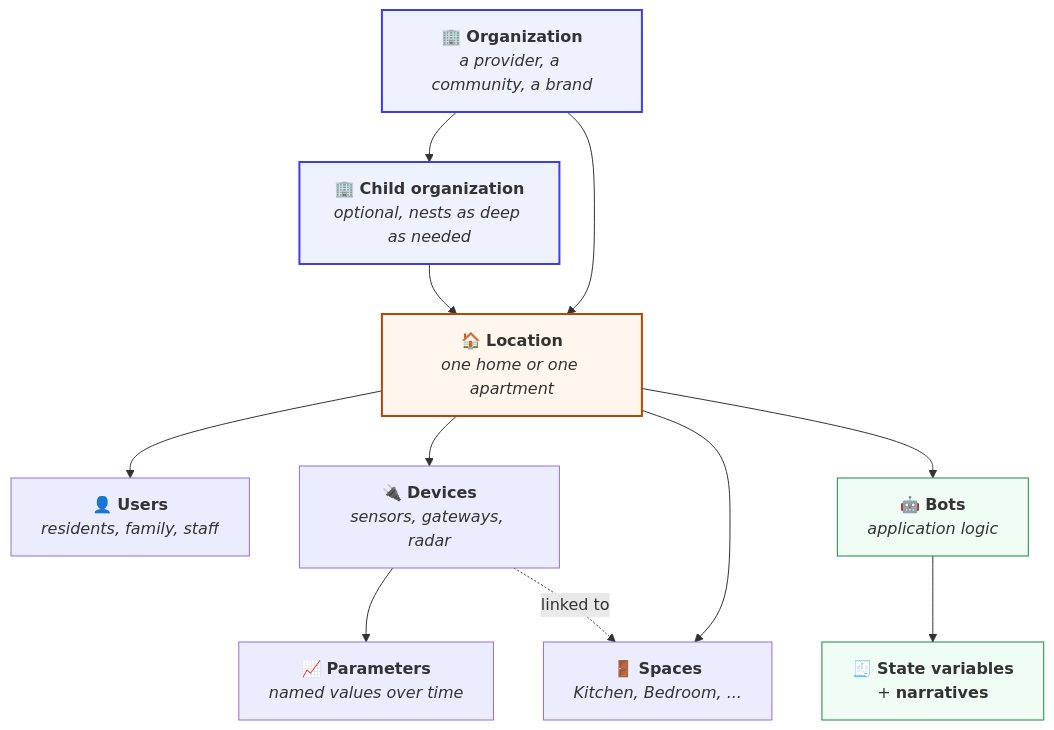
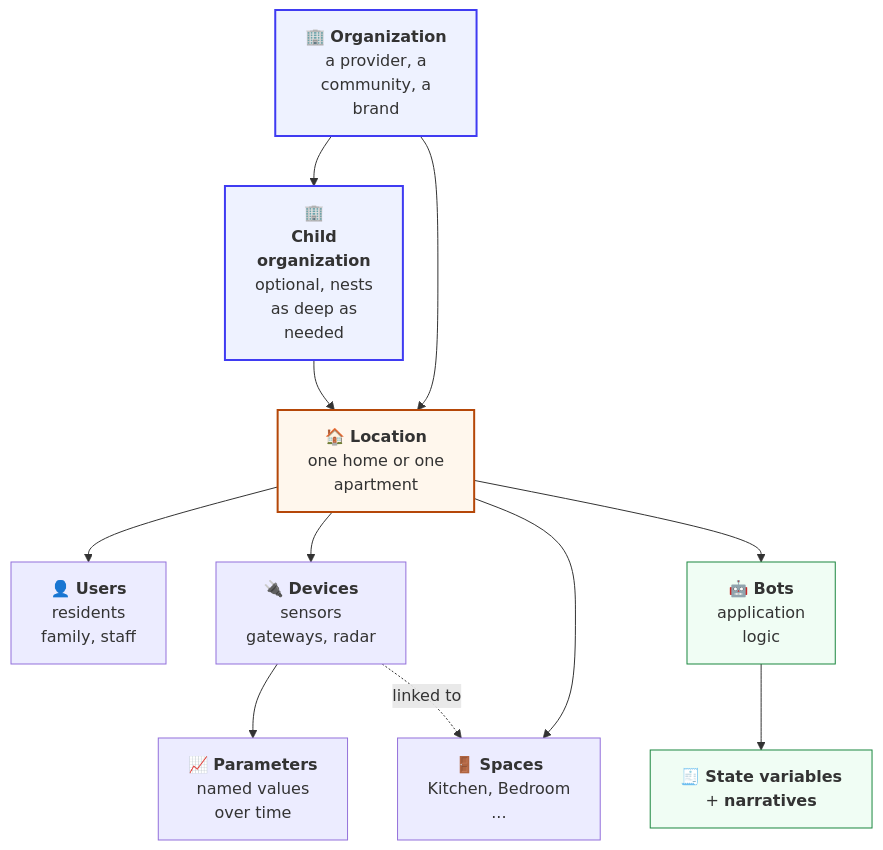
One commit to CareDailyAI/docs changed the diagram in concepts/README.md. Above: the diagram before and after it, drawn with Mermaid. The commit also changed 30 other files, not shown here.

First line of the commit message:
Diagrams: wrap every flowchart label to short rows so Chrome stops clipping them

````diff
--- a/concepts/README.md
+++ b/concepts/README.md
@@ -6,27 +6,27 @@
 ```mermaid
 flowchart TB
-    ORG["🏢 <b>Organization</b><br/><i>a provider, a community, a brand</i>"]
-    SUB["🏢 <b>Child organization</b><br/><i>optional, nests as deep as needed</i>"]
-    LOC["🏠 <b>Location</b><br/><i>one home or one apartment</i>"]
-    USR["👤 <b>Users</b><br/><i>residents, family, staff</i>"]
-    DEV["🔌 <b>Devices</b><br/><i>sensors, gateways, radar</i>"]
-    PAR["📈 <b>Parameters</b><br/><i>named values over time</i>"]
-    SPC["🚪 <b>Spaces</b><br/><i>Kitchen, Bedroom, ...</i>"]
-    BOT["🤖 <b>Bots</b><br/><i>application logic</i>"]
+    ORG["🏢 <b>Organization</b><br/>a provider, a<br/>community, a<br/>brand"]
+    SUB["🏢<br/><b>Child</b><br/><b>organization</b><br/>optional, nests<br/>as deep as<br/>needed"]
+    LOC["🏠 <b>Location</b><br/>one home or one<br/>apartment"]
+    USR["👤 <b>Users</b><br/>residents<br/>family, staff"]
+    DEV["🔌 <b>Devices</b><br/>sensors<br/>gateways, radar"]
+    PAR["📈 <b>Parameters</b><br/>named values<br/>over time"]
+    SPC["🚪 <b>Spaces</b><br/>Kitchen, Bedroom<br/>..."]
+    BOT["🤖 <b>Bots</b><br/>application<br/>logic"]
     ST["🧾 <b>State variables</b><br/>+ <b>narratives</b>"]
 
     ORG --> SUB --> LOC
     ORG --> LOC
     LOC --> USR
     LOC --> DEV --> PAR
     LOC --> SPC
     DEV -.->|"linked to"| SPC
     LOC --> BOT --> ST
 
     classDef org fill:#eef2ff,stroke:#3f3bf2,stroke-width:2px
     classDef home fill:#fff7ed,stroke:#b54708,stroke-width:2px
     classDef bot fill:#f0fdf4,stroke:#1b873f
     class ORG,SUB org
     class LOC home
     class BOT,ST bot
 ```
````
